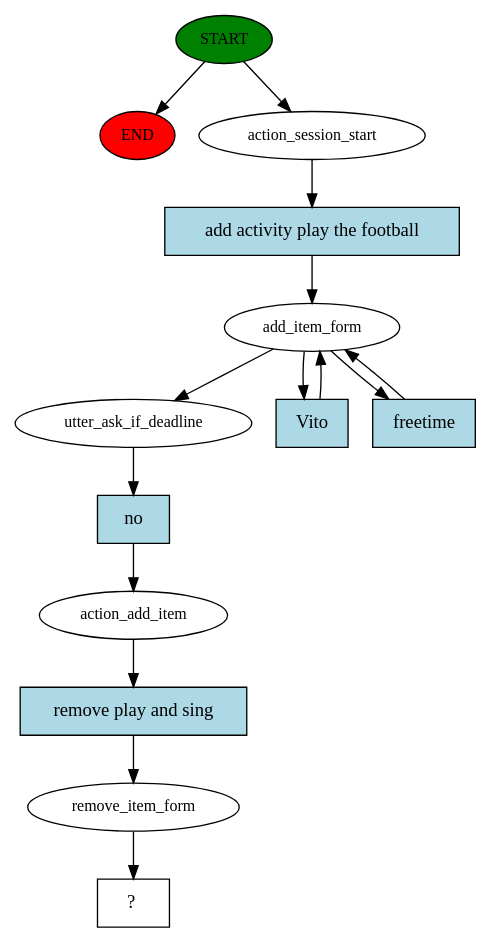
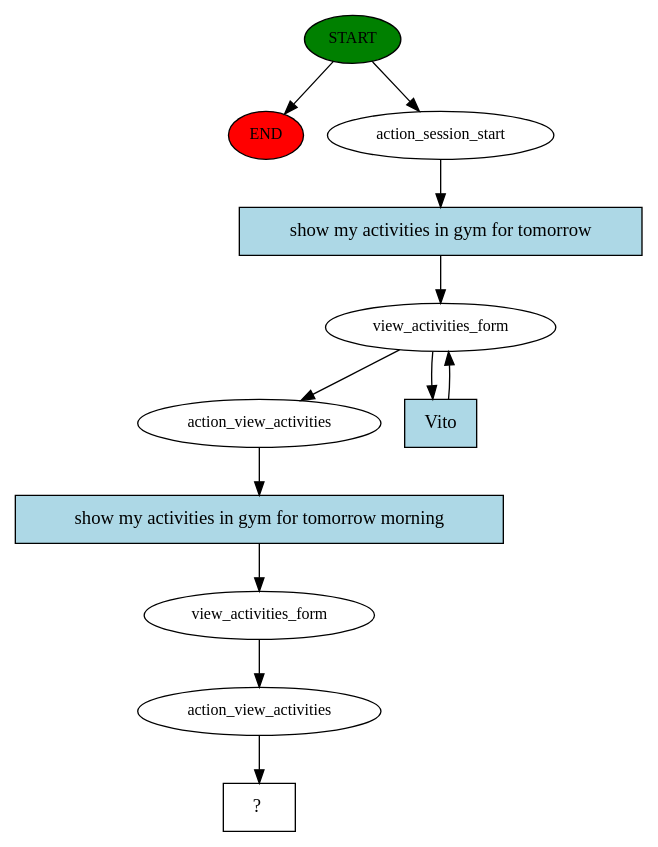
The diagram in src/rasa_ros/Cogrob_rasa_midterm/story_graph.dot (CamillaSpi/AI-To-Do-Assistant-Robot), drawn with Graphviz before and after one commit. The commit also changed 5 other files, not shown here.

Commit message:
added show activities with time

```diff
--- a/src/rasa_ros/Cogrob_rasa_midterm/story_graph.dot
+++ b/src/rasa_ros/Cogrob_rasa_midterm/story_graph.dot
@@ -1,29 +1,24 @@
 digraph  {
 0 [class="start active", fillcolor=green, fontsize=12, label=START, style=filled];
 "-1" [class=end, fillcolor=red, fontsize=12, label=END, style=filled];
 1 [class=active, fontsize=12, label=action_session_start];
-2 [class=active, fontsize=12, label=add_item_form];
-5 [class=active, fontsize=12, label=utter_ask_if_deadline];
-6 [class=active, fontsize=12, label=action_add_item];
-7 [class=active, fontsize=12, label=remove_item_form];
-8 [class="intent dashed active", label="  ?  ", shape=rect];
-9 [class="intent active", fillcolor=lightblue, label="add activity play the football", shape=rect, style=filled];
-10 [class="intent active", fillcolor=lightblue, label=Vito, shape=rect, style=filled];
-11 [class="intent active", fillcolor=lightblue, label=freetime, shape=rect, style=filled];
-12 [class="intent active", fillcolor=lightblue, label=no, shape=rect, style=filled];
-13 [class="intent active", fillcolor=lightblue, label="remove play and sing", shape=rect, style=filled];
+2 [class=active, fontsize=12, label=view_activities_form];
+4 [class=active, fontsize=12, label=action_view_activities];
+5 [class=active, fontsize=12, label=view_activities_form];
+6 [class=active, fontsize=12, label=action_view_activities];
+7 [class="intent dashed active", label="  ?  ", shape=rect];
+8 [class="intent active", fillcolor=lightblue, label="show my activities in gym for tomorrow", shape=rect, style=filled];
+9 [class="intent active", fillcolor=lightblue, label=Vito, shape=rect, style=filled];
+10 [class="intent active", fillcolor=lightblue, label="show my activities in gym for tomorrow morning", shape=rect, style=filled];
 0 -> "-1"  [class="", key=NONE, label=""];
 0 -> 1  [class=active, key=NONE, label=""];
-1 -> 9  [class=active, key=0];
-2 -> 5  [class=active, key=NONE, label=""];
-2 -> 10  [class=active, key=0];
-2 -> 11  [class=active, key=0];
-5 -> 12  [class=active, key=0];
-6 -> 13  [class=active, key=0];
-7 -> 8  [class=active, key=NONE, label=""];
+1 -> 8  [class=active, key=0];
+2 -> 4  [class=active, key=NONE, label=""];
+2 -> 9  [class=active, key=0];
+4 -> 10  [class=active, key=0];
+5 -> 6  [class=active, key=NONE, label=""];
+6 -> 7  [class=active, key=NONE, label=""];
+8 -> 2  [class=active, key=0];
 9 -> 2  [class=active, key=0];
-10 -> 2  [class=active, key=0];
-11 -> 2  [class=active, key=0];
-12 -> 6  [class=active, key=0];
-13 -> 7  [class=active, key=0];
+10 -> 5  [class=active, key=0];
 }
```
